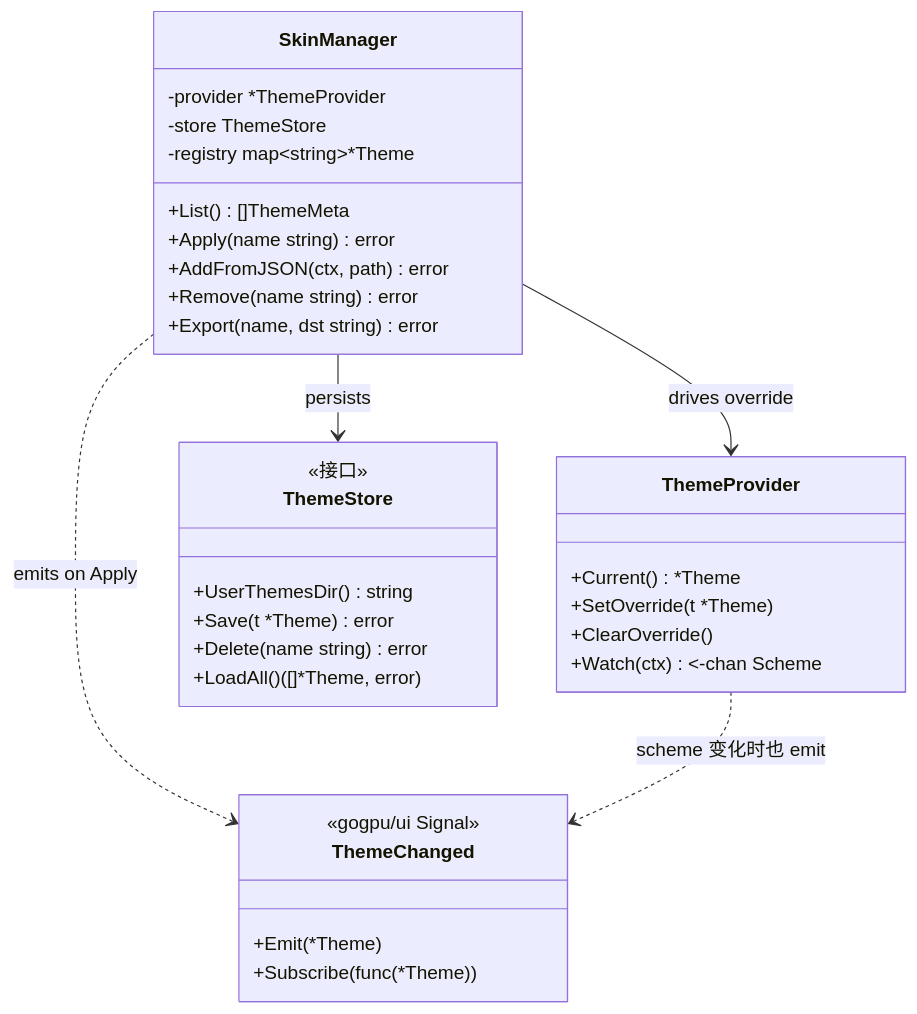
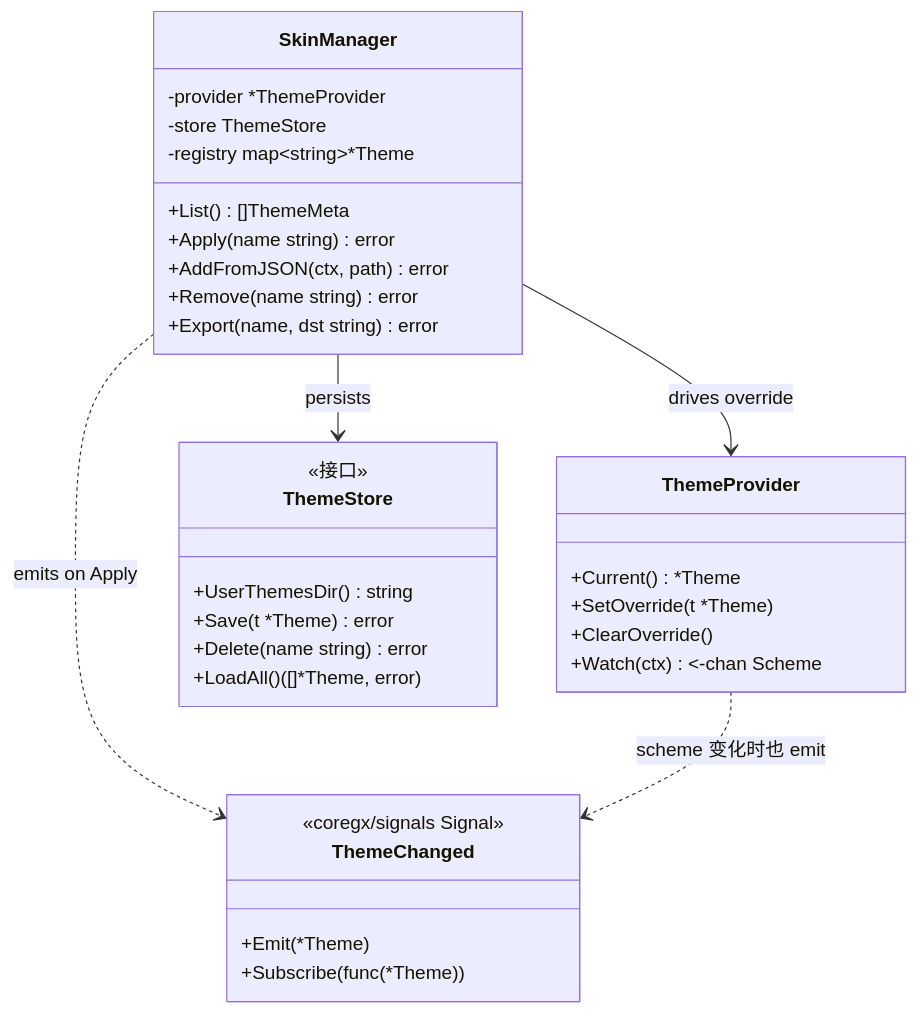
The first of 4 diagrams in docs/40-Theme/Skin.md (shaolei/DeskCalendar), drawn with Mermaid before and after one commit. The commit also changed other lines of this file and 25 other files, not shown here.

````diff
--- a/docs/40-Theme/Skin.md
+++ b/docs/40-Theme/Skin.md
@@ -30,35 +30,35 @@
 ```mermaid
 classDiagram
     class ThemeProvider {
         +Current() *Theme
         +SetOverride(t *Theme)
         +ClearOverride()
         +Watch(ctx) <-chan Scheme
     }
     class ThemeStore {
         <<接口>>
         +UserThemesDir() string
         +Save(t *Theme) error
         +Delete(name string) error
         +LoadAll() ([]*Theme, error)
     }
     class SkinManager {
         -provider *ThemeProvider
         -store ThemeStore
         -registry map~string~*Theme
         +List() []ThemeMeta
         +Apply(name string) error
         +AddFromJSON(ctx, path) error
         +Remove(name string) error
         +Export(name, dst string) error
     }
     class ThemeChanged {
-        <<gogpu/ui Signal>>
+        <<coregx/signals Signal>>
         +Emit(*Theme)
         +Subscribe(func(*Theme))
     }
     SkinManager --> ThemeProvider : drives override
     SkinManager --> ThemeStore : persists
     SkinManager ..> ThemeChanged : emits on Apply
     ThemeProvider ..> ThemeChanged : scheme 变化时也 emit
 ```
````
